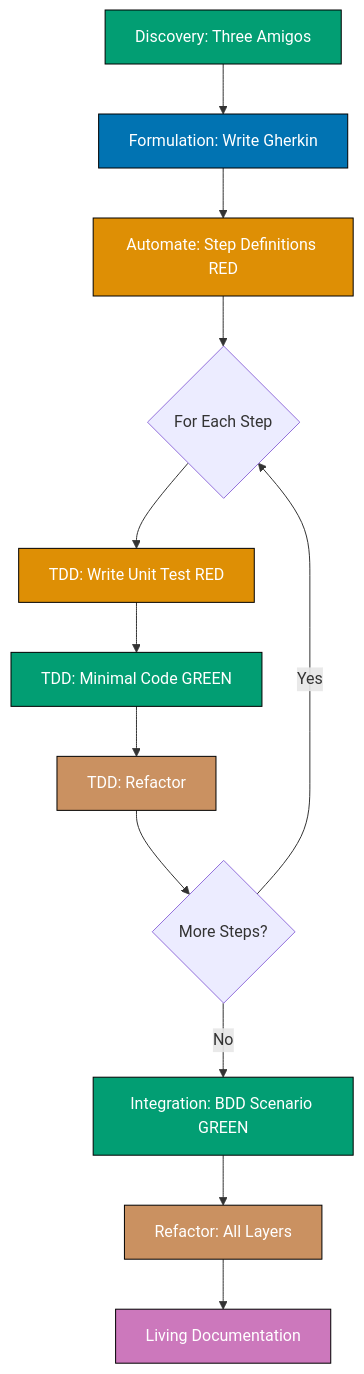
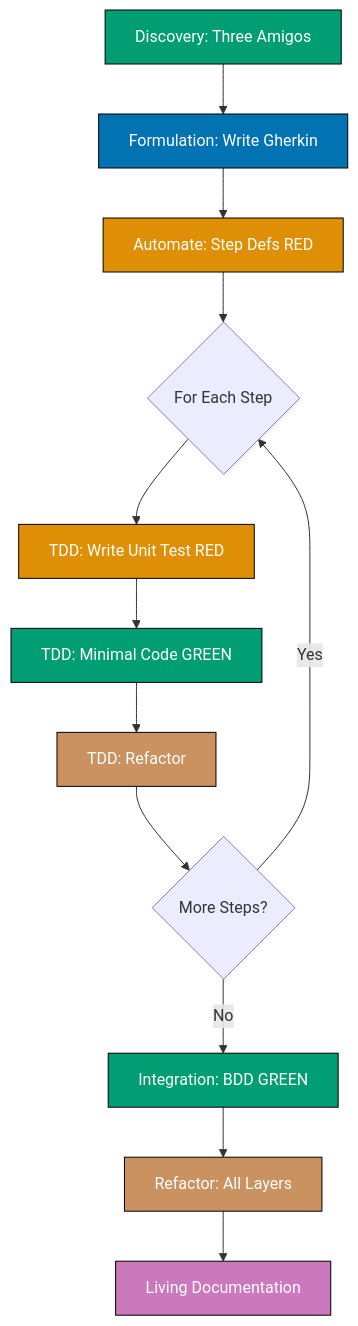
One commit to wahidyankf/ose-primer changed the second of 2 diagrams in docs/explanation/software-engineering/development/README.md. Above: the diagram before and after it, drawn with Mermaid. The commit also changed 86 other files, not shown here.

````diff
--- a/docs/explanation/software-engineering/development/README.md
+++ b/docs/explanation/software-engineering/development/README.md
@@ -141,26 +141,26 @@
 ```mermaid
 graph TD
     A[Discovery: Three Amigos] --> B[Formulation: Write Gherkin]
-    B --> C[Automate: Step Definitions RED]
+    B --> C[Automate: Step Defs RED]
     C --> D{For Each Step}
 
     D --> E[TDD: Write Unit Test RED]
     E --> F[TDD: Minimal Code GREEN]
     F --> G[TDD: Refactor]
     G --> H{More Steps?}
 
     H -->|Yes| D
-    H -->|No| I[Integration: BDD Scenario GREEN]
+    H -->|No| I[Integration: BDD GREEN]
     I --> J[Refactor: All Layers]
     J --> K[Living Documentation]
 
     style A fill:#029E73,stroke:#000000,color:#FFFFFF
     style B fill:#0173B2,stroke:#000000,color:#FFFFFF
     style C fill:#DE8F05,stroke:#000000,color:#FFFFFF
     style E fill:#DE8F05,stroke:#000000,color:#FFFFFF
     style F fill:#029E73,stroke:#000000,color:#FFFFFF
     style G fill:#CA9161,stroke:#000000,color:#FFFFFF
     style I fill:#029E73,stroke:#000000,color:#FFFFFF
     style J fill:#CA9161,stroke:#000000,color:#FFFFFF
     style K fill:#CC78BC,stroke:#000000,color:#FFFFFF
 ```
````
